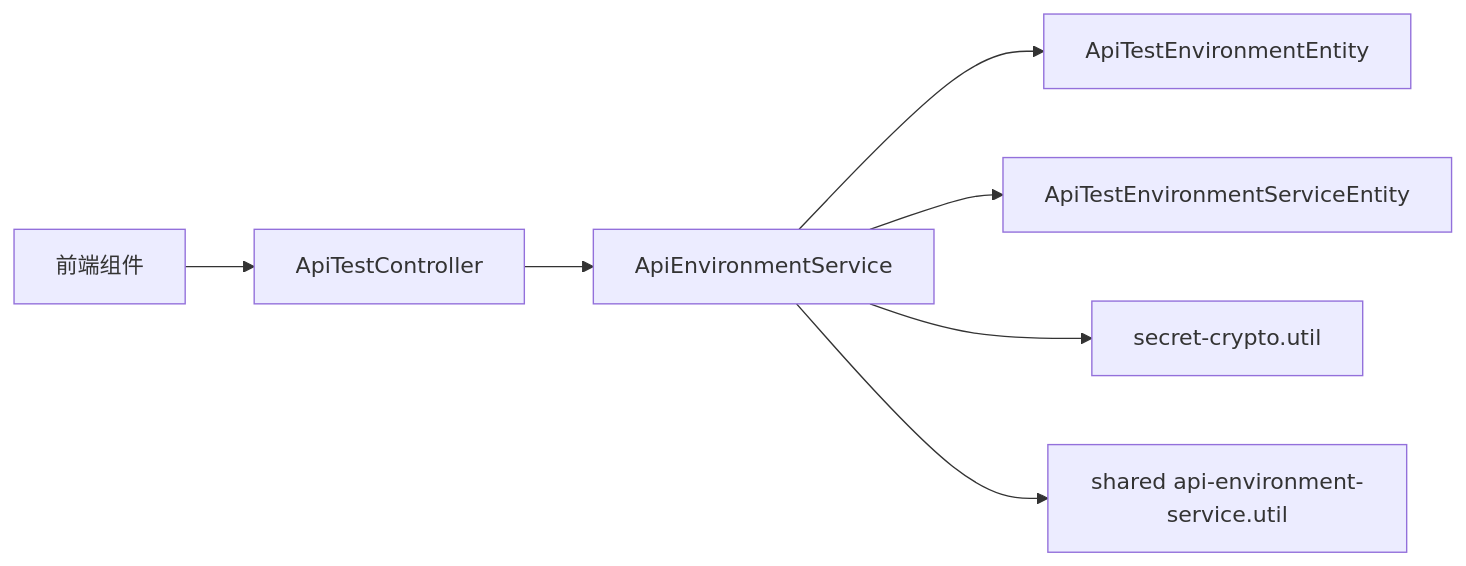
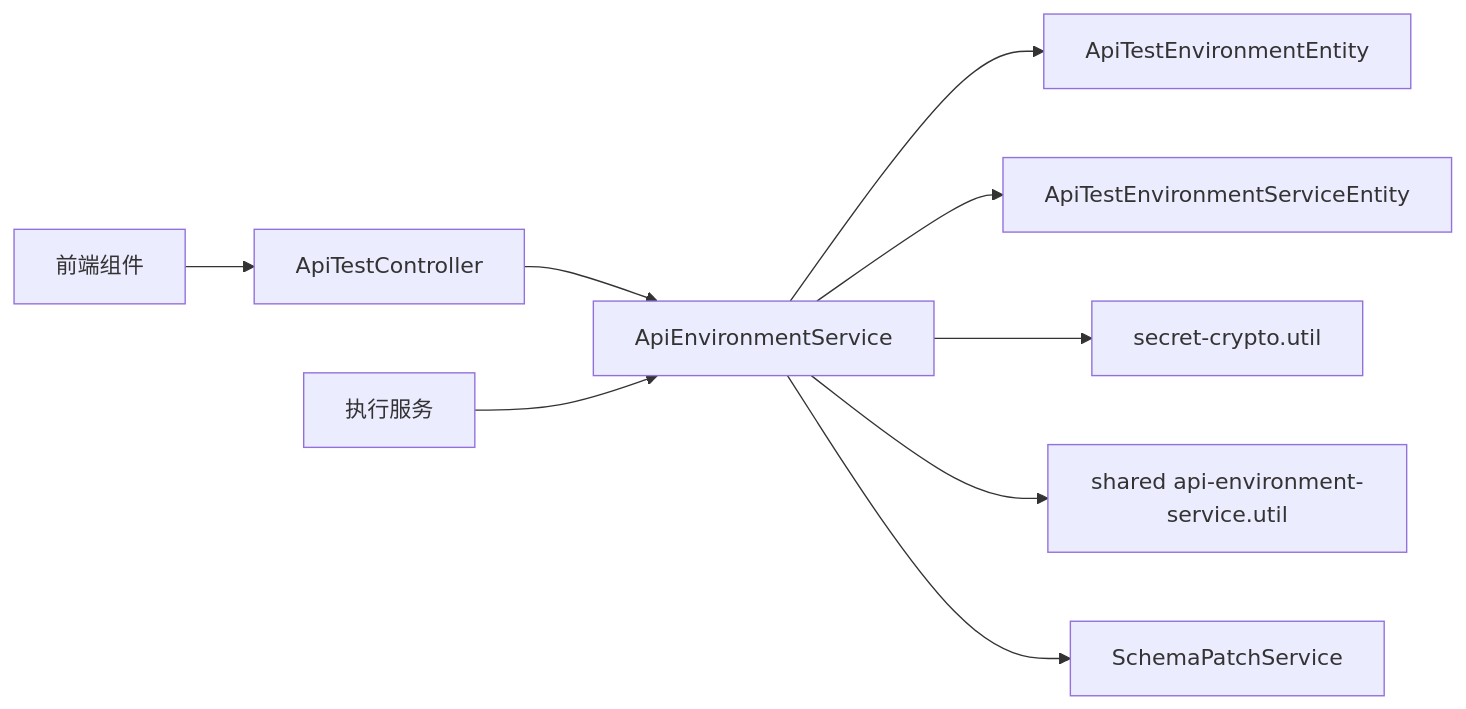
Before and after one commit to Lichhu/caseForge: the sixth of 6 diagrams in .qoder/repowiki/zh/content/API 参考文档/API 测试 API/环境配置管理.md, drawn with Mermaid. The commit also changed other lines of this file and 8 other files, not shown here.

````diff
--- a/.qoder/repowiki/zh/content/API 参考文档/API 测试 API/环境配置管理.md
+++ b/.qoder/repowiki/zh/content/API 参考文档/API 测试 API/环境配置管理.md
@@ -288,9 +358,11 @@
 ```mermaid
 graph LR
 FE["前端组件"] --> CTRL["ApiTestController"]
 CTRL --> SVC["ApiEnvironmentService"]
 SVC --> ENV["ApiTestEnvironmentEntity"]
 SVC --> SRV["ApiTestEnvironmentServiceEntity"]
 SVC --> ENC["secret-crypto.util"]
 SVC --> ADDR["shared api-environment-service.util"]
+SVC --> SP["SchemaPatchService"]
+EXEC["执行服务"] --> SVC
 ```
````
